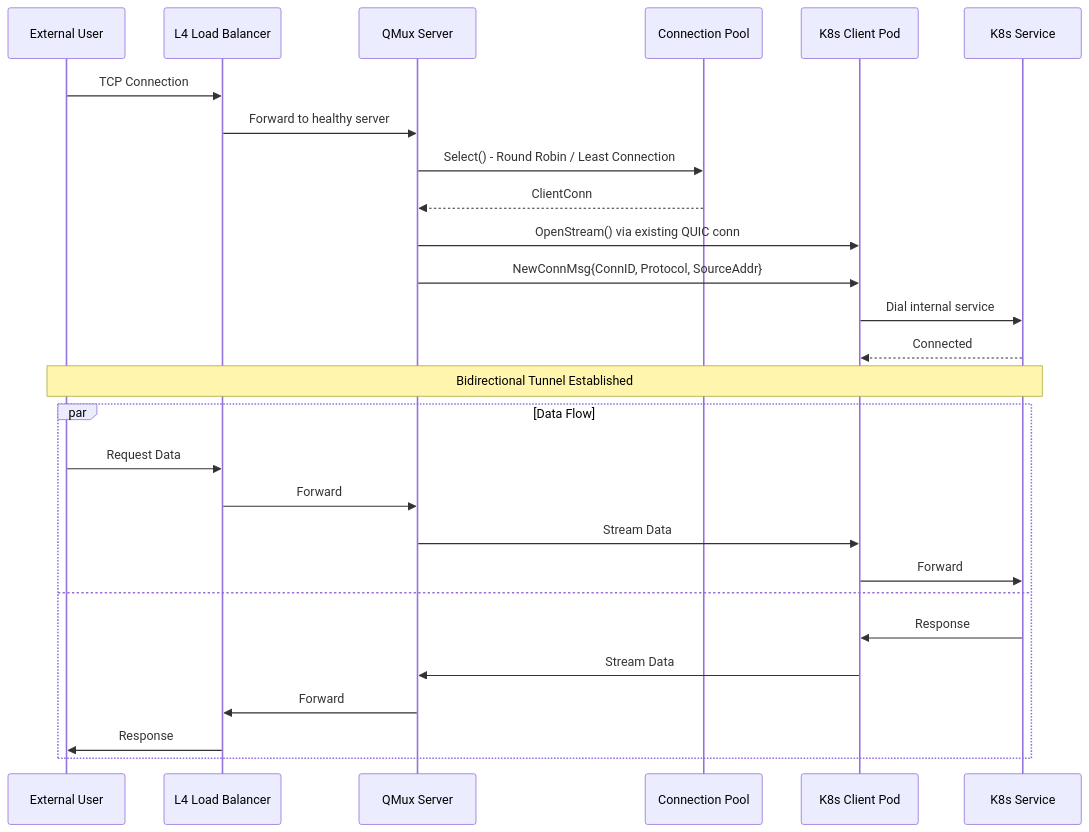
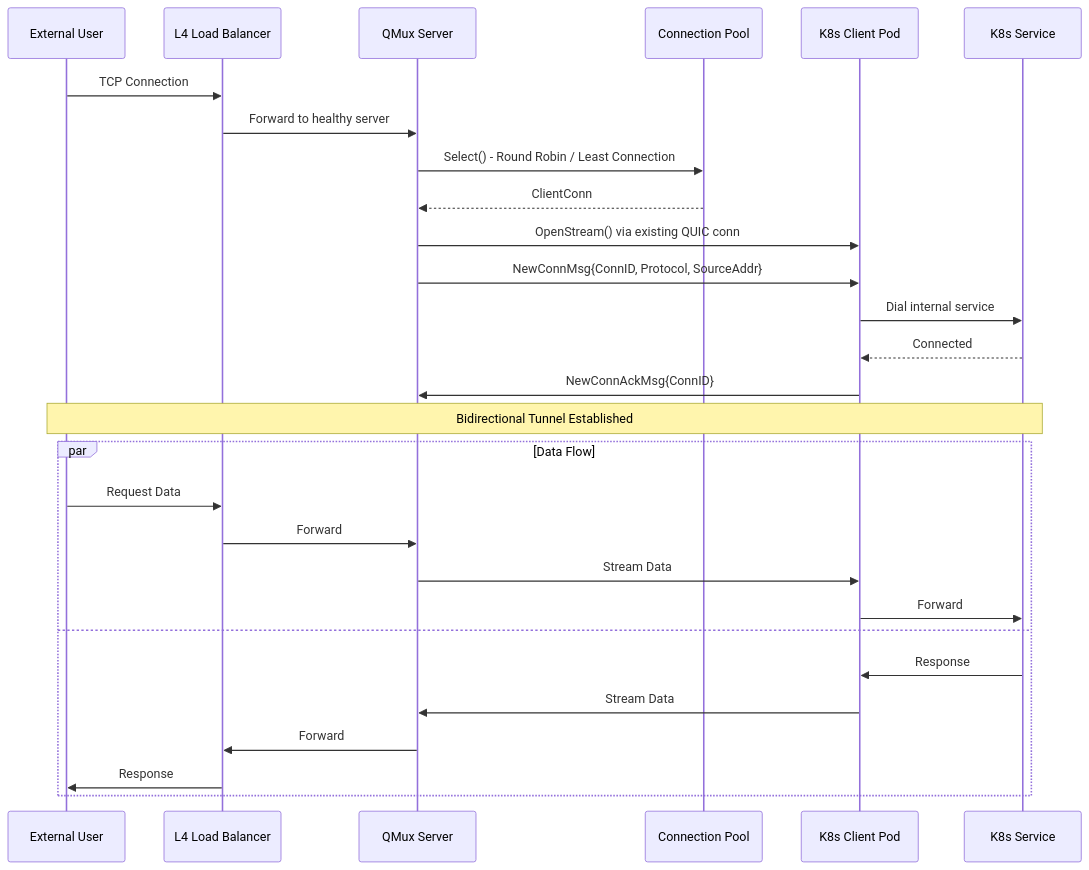
The second of 2 diagrams in README.md (Mmx233/QMux), drawn with Mermaid before and after one commit. The commit also changed other lines of this file and 11 other files, not shown here.

````diff
--- a/README.md
+++ b/README.md
@@ -311,34 +311,35 @@
 ```mermaid
 sequenceDiagram
     participant User as External User
     participant LB as L4 Load Balancer
     participant Server as QMux Server
     participant Pool as Connection Pool
     participant Client as K8s Client Pod
     participant SVC as K8s Service
 
     User->>LB: TCP Connection
     LB->>Server: Forward to healthy server
     Server->>Pool: Select() - Round Robin / Least Connection
     Pool-->>Server: ClientConn
     
     Server->>Client: OpenStream() via existing QUIC conn
     Server->>Client: NewConnMsg{ConnID, Protocol, SourceAddr}
     
     Client->>SVC: Dial internal service
     SVC-->>Client: Connected
+    Client->>Server: NewConnAckMsg{ConnID}
     
     Note over User,SVC: Bidirectional Tunnel Established
     
     par Data Flow
         User->>LB: Request Data
         LB->>Server: Forward
         Server->>Client: Stream Data
         Client->>SVC: Forward
     and
         SVC->>Client: Response
         Client->>Server: Stream Data
         Server->>LB: Forward
         LB->>User: Response
     end
 ```
````
